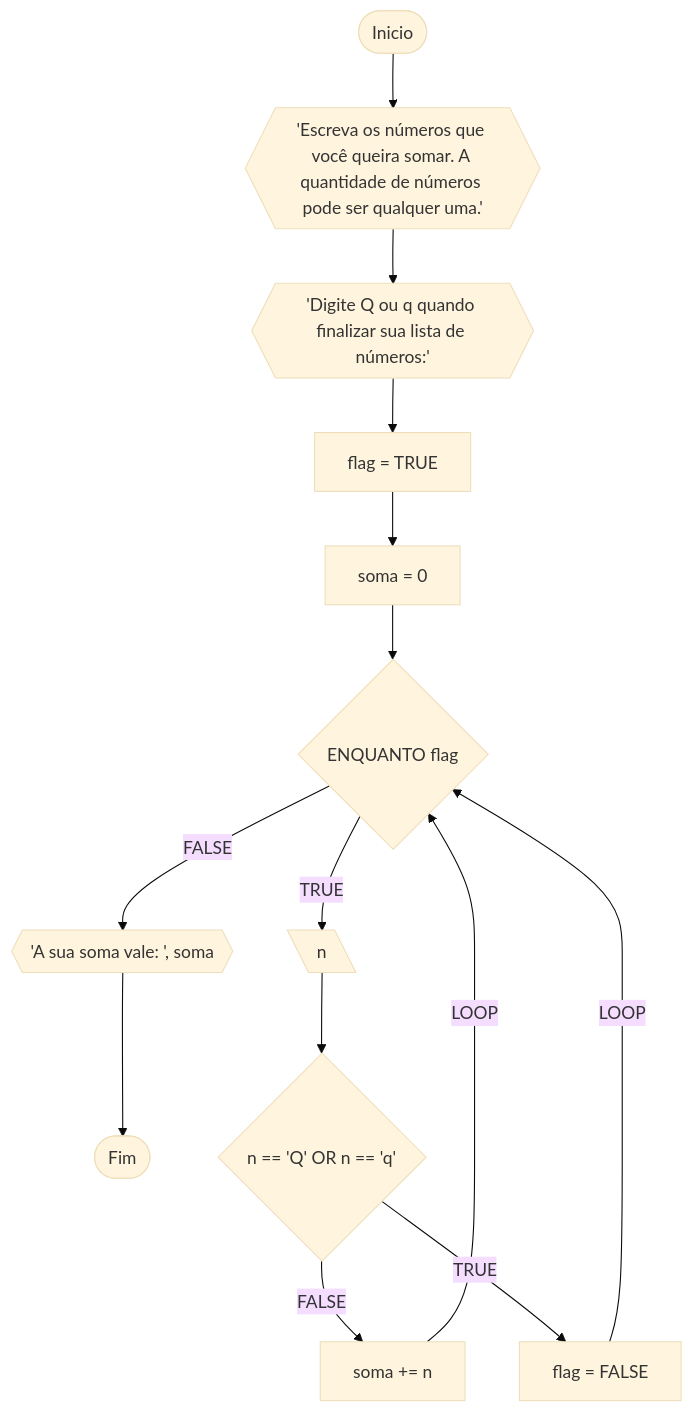
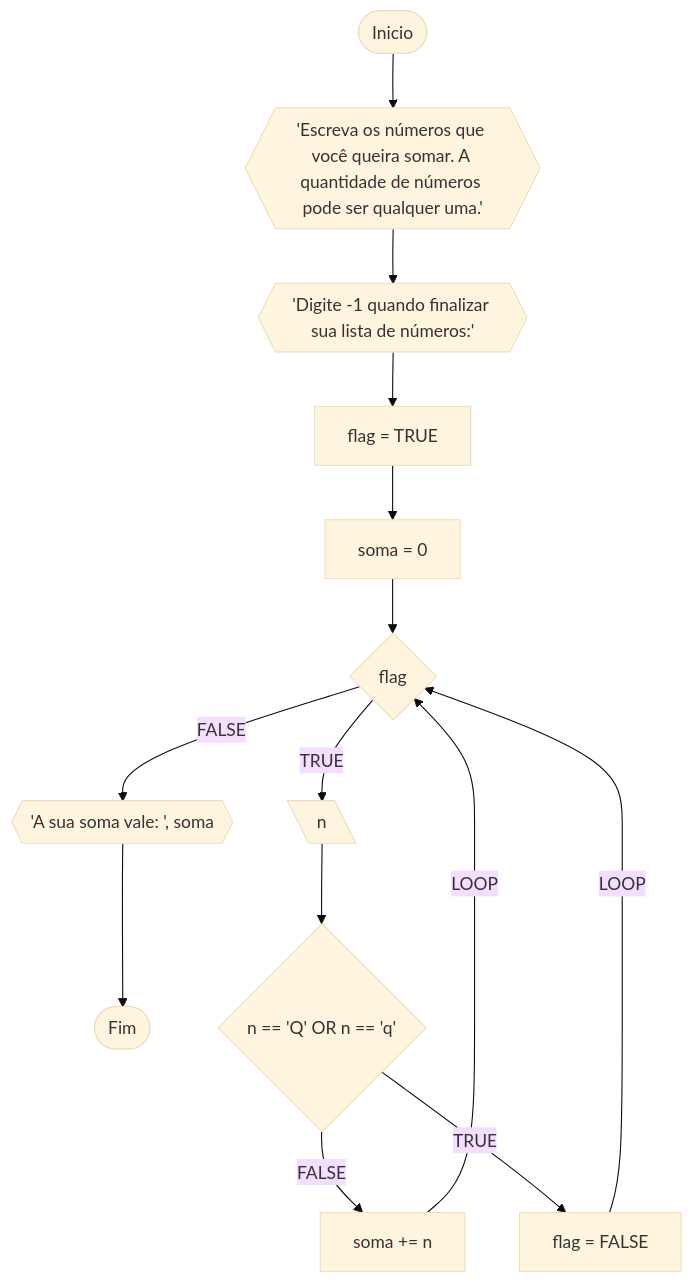
One commit to stuffxdd/Unifor changed the third of 4 diagrams in RLA/unidade 1/lista3.md. Above: the diagram before and after it, drawn with Mermaid (base theme). The commit also changed other lines of this file, not shown here.

````diff
--- a/RLA/unidade 1/lista3.md
+++ b/RLA/unidade 1/lista3.md
@@ -101,16 +101,16 @@
 ```mermaid
 flowchart TD
 A([Inicio]) --> B{{'Escreva os números que você queira somar. A quantidade de números pode ser qualquer uma.'}}
-B --> C{{'Digite Q ou q quando finalizar sua lista de números:'}}
+B --> C{{'Digite -1 quando finalizar sua lista de números:'}}
 C --> D[flag = TRUE]
 D --> E[soma = 0]
-E --> F{ENQUANTO flag}
+E --> F{flag}
 F --FALSE--> G{{'A sua soma vale: ', soma}} --> Z
 F --TRUE--> H[\n\]
 H --> I{n == 'Q' OR n == 'q'}
 I --FALSE--> J[soma += n]
 J --LOOP--> F
 I --TRUE--> K[flag = FALSE]
 K --LOOP--> F
 Z([Fim])
 ```
````
